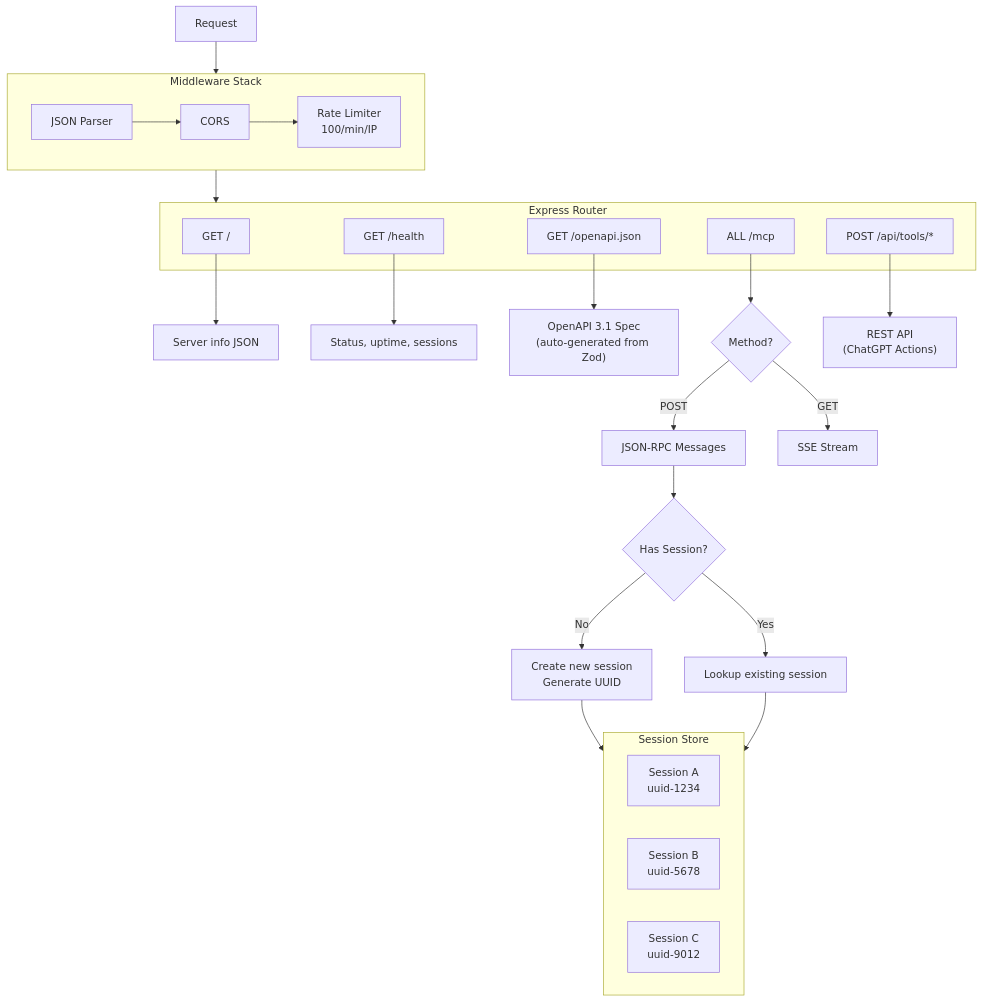
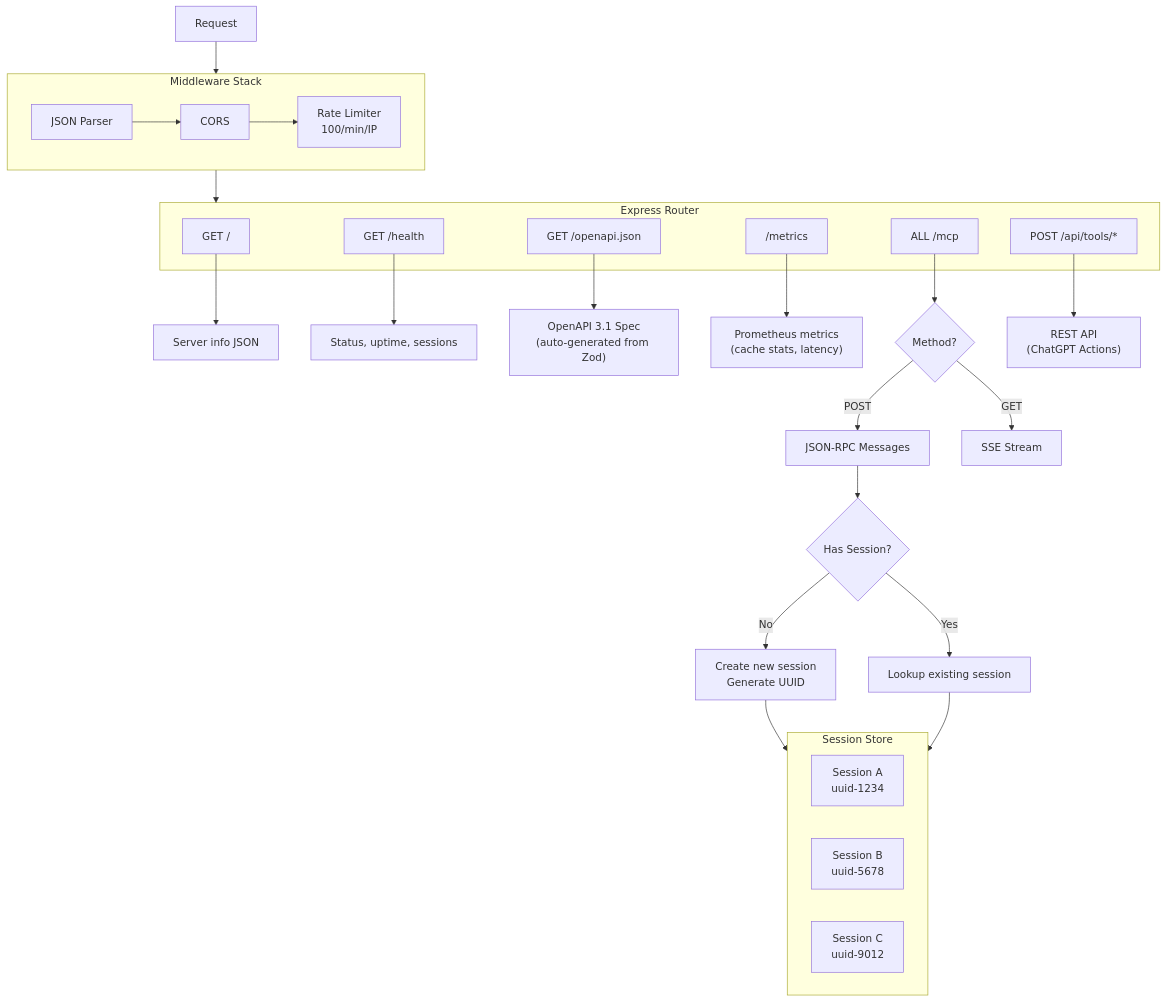
The third of 8 diagrams in docs/ARCHITECTURE.md (dorukardahan/domain-search-mcp), drawn with Mermaid before and after one commit. The commit also changed other lines of this file and 6 other files, not shown here.

````diff
--- a/docs/ARCHITECTURE.md
+++ b/docs/ARCHITECTURE.md
@@ -93,40 +93,42 @@
 ```mermaid
 flowchart TB
     subgraph MW["Middleware Stack"]
         direction LR
         JSON["JSON Parser"] --> CORS["CORS"] --> RATE["Rate Limiter<br/>100/min/IP"]
     end
 
     REQ[Request] --> MW --> ROUTER
 
     subgraph ROUTER["Express Router"]
         ROOT["GET /"]
         HEALTH["GET /health"]
         OPENAPI["GET /openapi.json"]
+        METRICS["GET /metrics"]
         MCP["ALL /mcp"]
         API["POST /api/tools/*"]
     end
 
     ROOT --> INFO["Server info JSON"]
     HEALTH --> STATUS["Status, uptime, sessions"]
     OPENAPI --> SPEC["OpenAPI 3.1 Spec<br/>(auto-generated from Zod)"]
+    METRICS["/metrics"] --> PROM["Prometheus metrics<br/>(cache stats, latency)"]
 
     MCP --> MCPCHECK{Method?}
     MCPCHECK -->|POST| MESSAGES["JSON-RPC Messages"]
     MCPCHECK -->|GET| SSE["SSE Stream"]
 
     MESSAGES --> INIT{Has Session?}
     INIT -->|No| CREATE["Create new session<br/>Generate UUID"]
     INIT -->|Yes| LOOKUP["Lookup existing session"]
 
     API --> REST["REST API<br/>(ChatGPT Actions)"]
 
     subgraph SESSIONS["Session Store"]
         S1["Session A<br/>uuid-1234"]
         S2["Session B<br/>uuid-5678"]
         S3["Session C<br/>uuid-9012"]
     end
 
     CREATE --> SESSIONS
     LOOKUP --> SESSIONS
 ```
````
